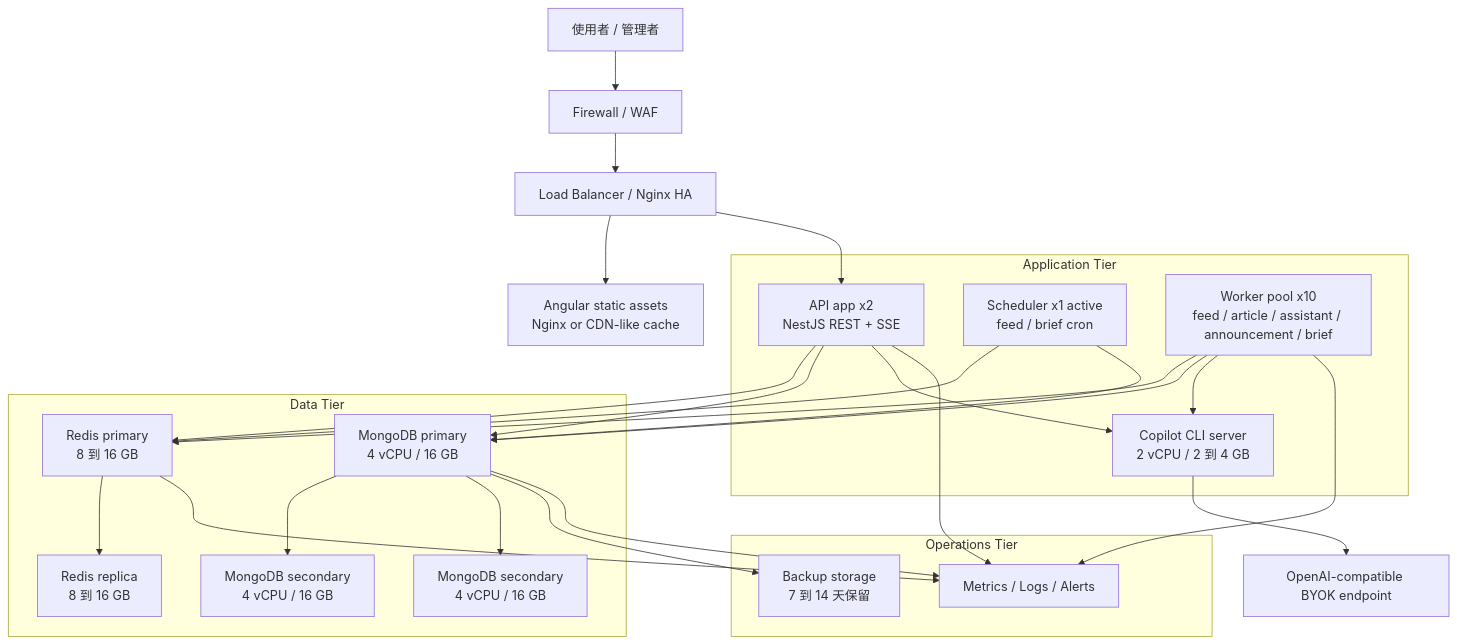
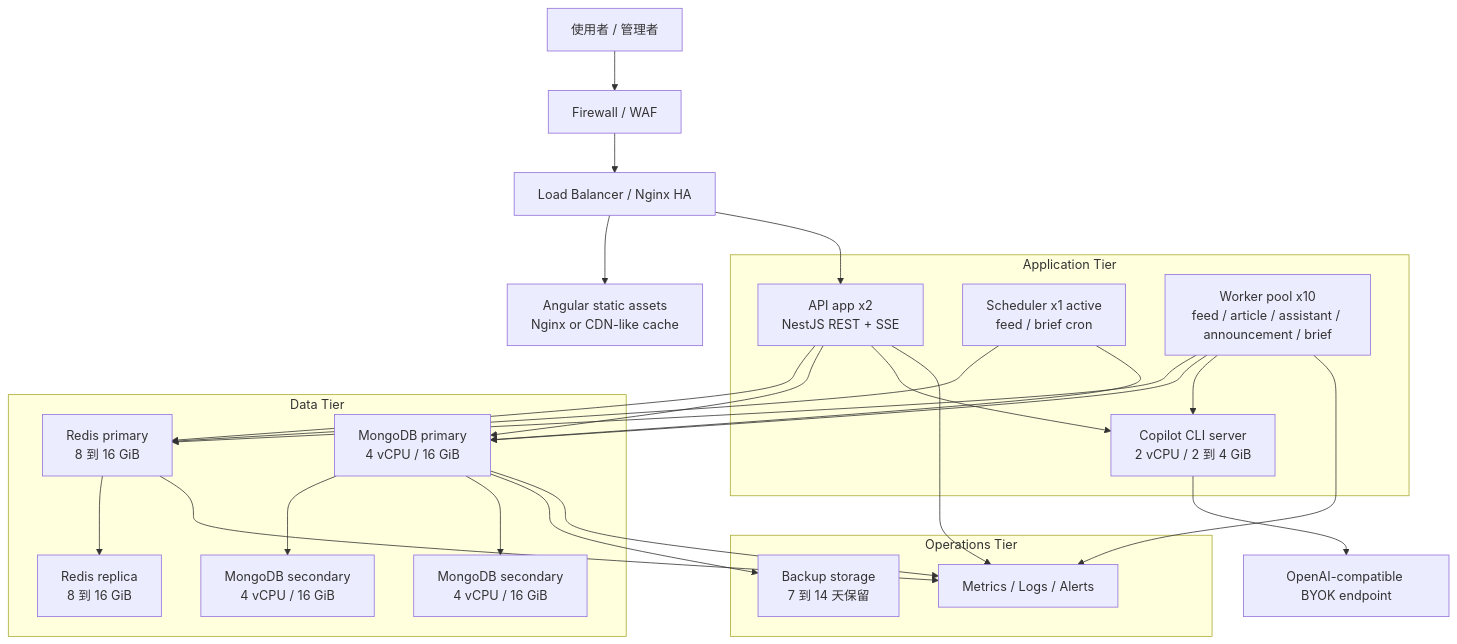
Before and after one commit to chunkai1312/temp: the ninth of 17 diagrams in production-resource-architecture-proposal.md, drawn with Mermaid. The commit also changed other lines of this file, not shown here.

````diff
--- a/production-resource-architecture-proposal.md
+++ b/production-resource-architecture-proposal.md
@@ -337,47 +335,47 @@
 ```mermaid
 flowchart TB
   USERS["使用者 / 管理者"] --> FW["Firewall / WAF"]
   FW --> LB["Load Balancer / Nginx HA"]
   LB --> WEB["Angular static assets\nNginx or CDN-like cache"]
   LB --> API["API app x2\nNestJS REST + SSE"]
 
   subgraph APP["Application Tier"]
     API
-    CLI["Copilot CLI server\n2 vCPU / 2 到 4 GB"]
+    CLI["Copilot CLI server\n2 vCPU / 2 到 4 GiB"]
     SCHED["Scheduler x1 active\nfeed / brief cron"]
     WORKERS["Worker pool x10\nfeed / article / assistant / announcement / brief"]
   end
 
   LLM["OpenAI-compatible BYOK endpoint"]
 
   subgraph DATA["Data Tier"]
-    REDIS1["Redis primary\n8 到 16 GB"]
-    REDIS2["Redis replica\n8 到 16 GB"]
-    M1["MongoDB primary\n4 vCPU / 16 GB"]
-    M2["MongoDB secondary\n4 vCPU / 16 GB"]
-    M3["MongoDB secondary\n4 vCPU / 16 GB"]
+    REDIS1["Redis primary\n8 到 16 GiB"]
+    REDIS2["Redis replica\n8 到 16 GiB"]
+    M1["MongoDB primary\n4 vCPU / 16 GiB"]
+    M2["MongoDB secondary\n4 vCPU / 16 GiB"]
+    M3["MongoDB secondary\n4 vCPU / 16 GiB"]
   end
 
   subgraph OPS["Operations Tier"]
     MON["Metrics / Logs / Alerts"]
     BACKUP["Backup storage\n7 到 14 天保留"]
   end
 
   API --> REDIS1
   API --> M1
   API --> CLI
   SCHED --> REDIS1
   SCHED --> M1
   WORKERS --> REDIS1
   WORKERS --> M1
   WORKERS --> CLI
   CLI --> LLM
   REDIS1 --> REDIS2
   M1 --> M2
   M1 --> M3
   M1 --> BACKUP
   API --> MON
   WORKERS --> MON
   REDIS1 --> MON
   M1 --> MON
 ```
````
